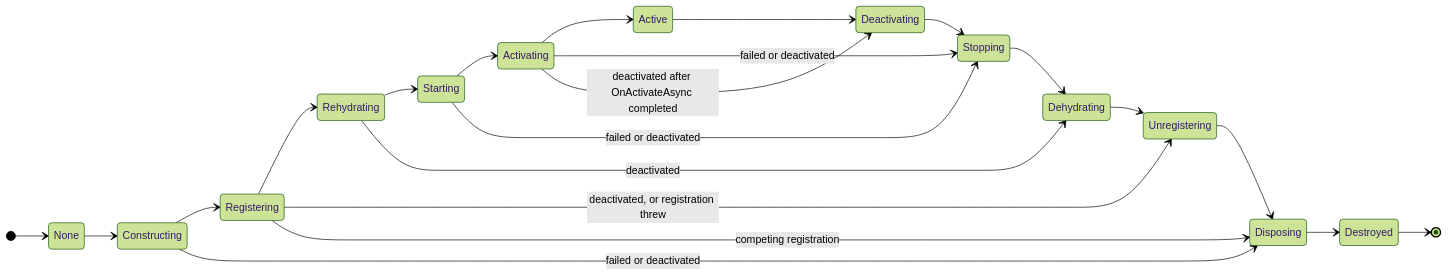
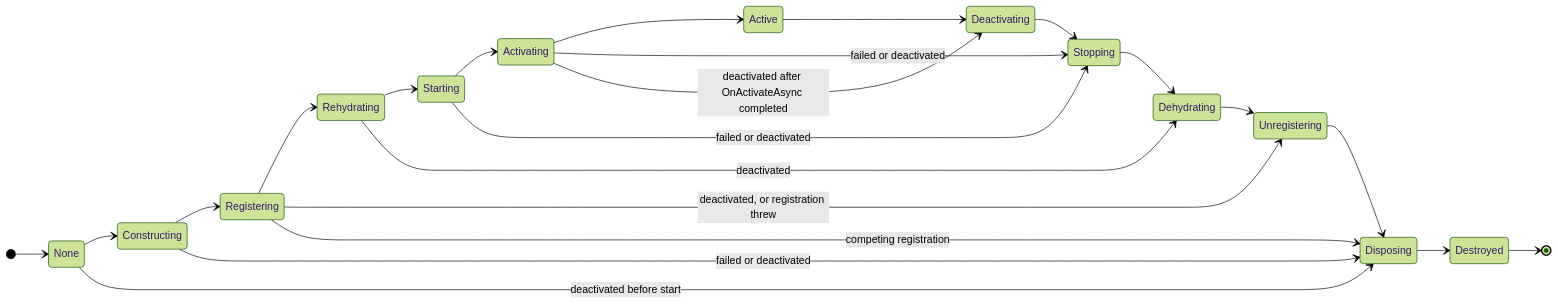
The first of 2 diagrams in docs/site/src/content/docs/implementation/activation-lifecycle.md (dotnet/orleans), drawn with Mermaid (forest theme) before and after one commit. The commit also changed other lines of this file and 5 other files, not shown here.

````diff
--- a/docs/site/src/content/docs/implementation/activation-lifecycle.md
+++ b/docs/site/src/content/docs/implementation/activation-lifecycle.md
@@ -12,25 +12,26 @@
 ```mermaid
 stateDiagram-v2
     direction LR
     [*] --> None
     None --> Constructing
     Constructing --> Registering
     Registering --> Rehydrating
     Rehydrating --> Starting
     Starting --> Activating
     Activating --> Active
     Active --> Deactivating
     Deactivating --> Stopping
     Stopping --> Dehydrating
     Dehydrating --> Unregistering
     Unregistering --> Disposing
     Disposing --> Destroyed
     Destroyed --> [*]
+    None --> Disposing: deactivated before start
     Constructing --> Disposing: failed or deactivated
     Registering --> Unregistering: deactivated, or registration threw
     Registering --> Disposing: competing registration
     Rehydrating --> Dehydrating: deactivated
     Starting --> Stopping: failed or deactivated
     Activating --> Stopping: failed or deactivated
     Activating --> Deactivating: deactivated after OnActivateAsync completed
 ```
````
